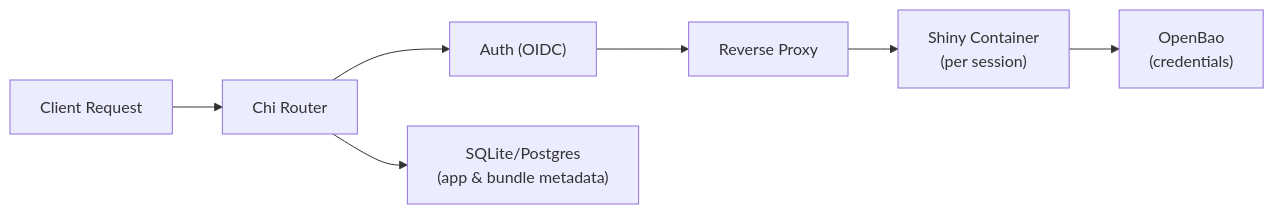
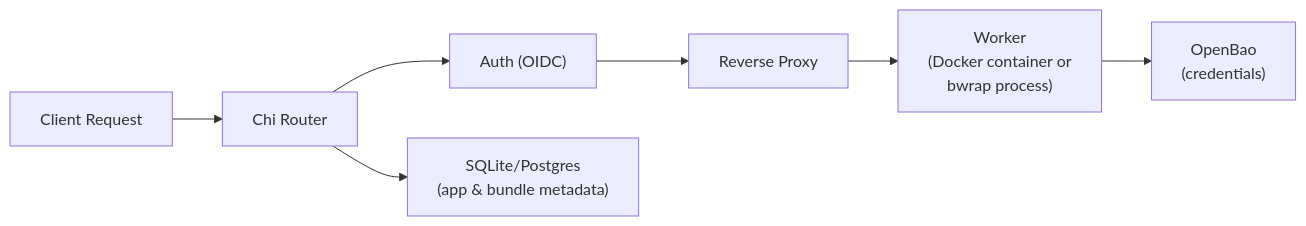
One commit to cynkra/blockyard changed the diagram in README.md. Above: the diagram before and after it, drawn with Mermaid. The commit also changed other lines of this file and 10 other files, not shown here.

````diff
--- a/README.md
+++ b/README.md
@@ -21,9 +25,9 @@
 ```mermaid
 graph LR
     Client[Client Request] --> Router[Chi Router]
     Router --> Auth["Auth (OIDC)"]
     Auth --> Proxy[Reverse Proxy]
-    Proxy --> Shiny["Shiny Container<br>(per session)"]
+    Proxy --> Worker["Worker<br>(Docker container or<br>bwrap process)"]
     Router --> DB["SQLite/Postgres<br>(app & bundle metadata)"]
-    Shiny --> Bao["OpenBao<br>(credentials)"]
+    Worker --> Bao["OpenBao<br>(credentials)"]
 ```
````
